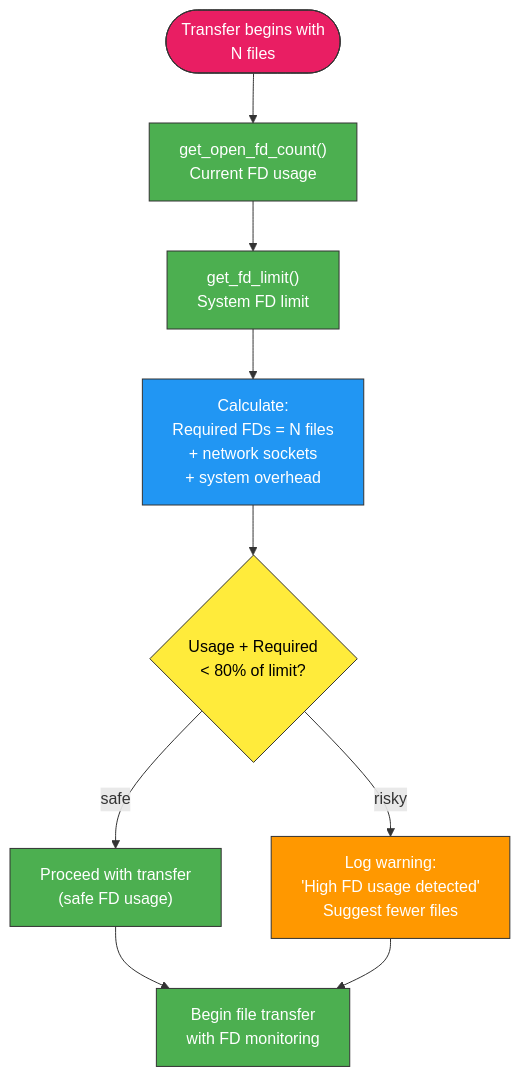
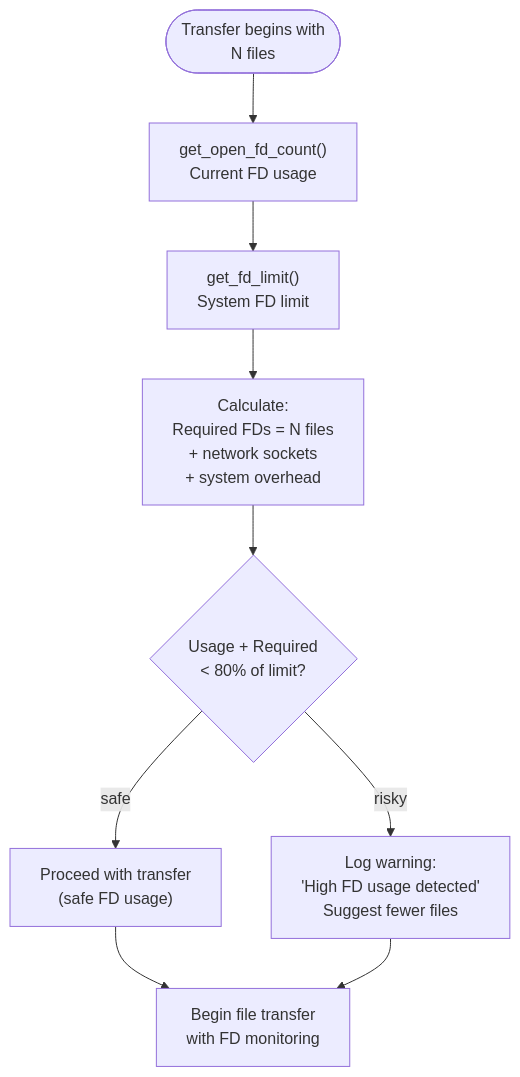
Before and after one commit to proudsunburn/ftransfer: the diagram in docs/resourcemonitor.md, drawn with Mermaid. The commit also changed 23 other files, not shown here.

Commit message:
MINOR: Remove colors from mermaid for easy light/dark mode switching

````diff
--- a/docs/resourcemonitor.md
+++ b/docs/resourcemonitor.md
@@ -63,31 +63,25 @@
 ```mermaid
 graph TD
-    start(["Transfer begins with<br/>N files"]):::pink
+    start(["Transfer begins with<br/>N files"])
 
-    get_current["get_open_fd_count()<br/>Current FD usage"]:::success
-    get_limit["get_fd_limit()<br/>System FD limit"]:::success
+    get_current["get_open_fd_count()<br/>Current FD usage"]
+    get_limit["get_fd_limit()<br/>System FD limit"]
 
-    calculate["Calculate:<br/>Required FDs = N files<br/>+ network sockets<br/>+ system overhead"]:::lightblue
+    calculate["Calculate:<br/>Required FDs = N files<br/>+ network sockets<br/>+ system overhead"]
 
-    check_safe{"Usage + Required<br/>< 80% of limit?"}:::yellow
+    check_safe{"Usage + Required<br/>< 80% of limit?"}
 
-    proceed["Proceed with transfer<br/>(safe FD usage)"]:::success
-    warn["Log warning:<br/>'High FD usage detected'<br/>Suggest fewer files"]:::orange
+    proceed["Proceed with transfer<br/>(safe FD usage)"]
+    warn["Log warning:<br/>'High FD usage detected'<br/>Suggest fewer files"]
 
-    transfer["Begin file transfer<br/>with FD monitoring"]:::success
+    transfer["Begin file transfer<br/>with FD monitoring"]
 
     start --> get_current
     get_current --> get_limit
     get_limit --> calculate
     calculate --> check_safe
     check_safe -->|safe| proceed
     check_safe -->|risky| warn
     proceed --> transfer
     warn --> transfer
-
-    classDef pink fill:#e91e63,stroke:#333,color:#fff
-    classDef success fill:#4caf50,stroke:#333,color:#fff
-    classDef lightblue fill:#2196f3,stroke:#333,color:#fff
-    classDef yellow fill:#ffeb3b,stroke:#333,color:#000
-    classDef orange fill:#ff9800,stroke:#333,color:#fff
 ```
````
